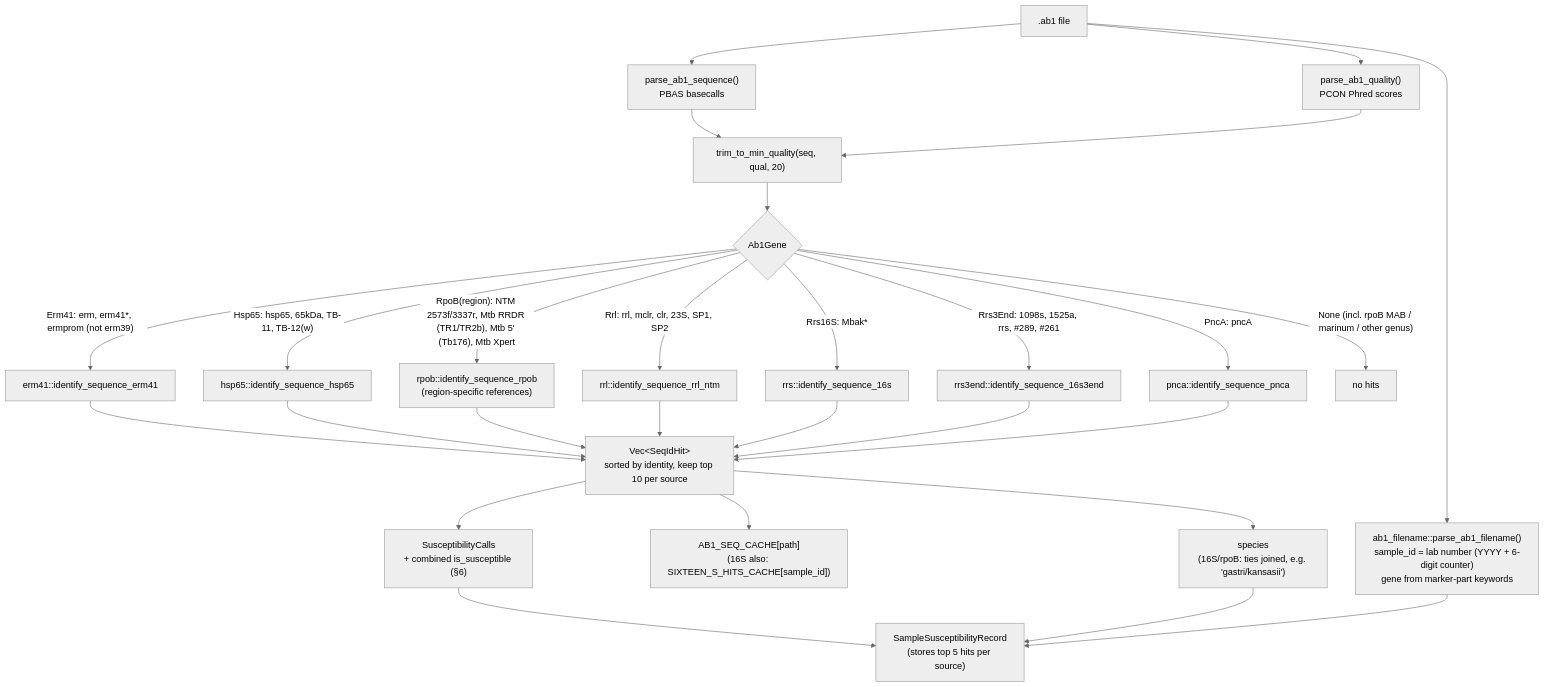
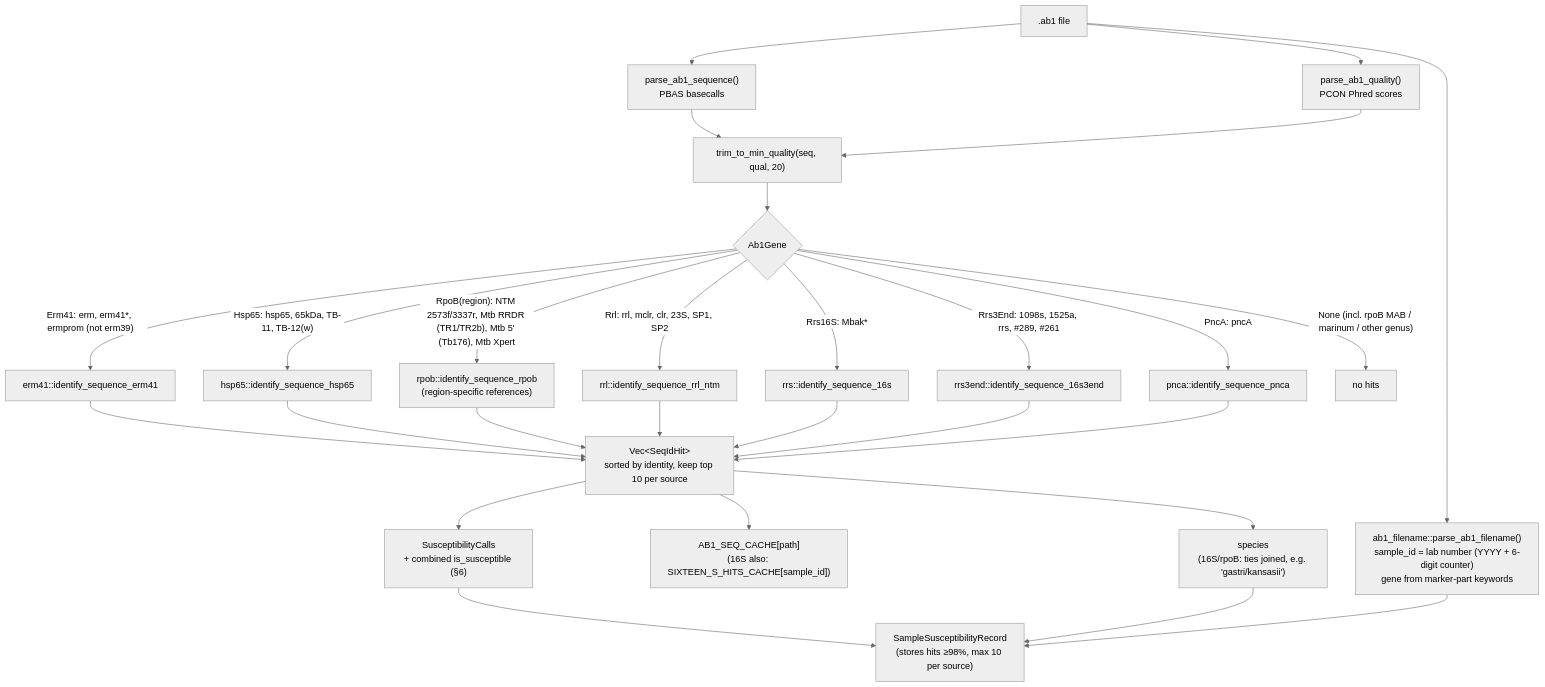
Before and after one commit to michaelmeuli/cosmic-files: the third of 6 diagrams in src/sequencing/README.md, drawn with Mermaid (neutral theme). The commit also changed other lines of this file and 7 other files, not shown here.

First line of the commit message:
Cache only alignments with >=98% identity, 10 per source

````diff
--- a/src/sequencing/README.md
+++ b/src/sequencing/README.md
@@ -120,23 +120,23 @@
 ```mermaid
 flowchart TD
     F[".ab1 file"] --> P1["parse_ab1_sequence()<br/>PBAS basecalls"]
     F --> P2["parse_ab1_quality()<br/>PCON Phred scores"]
     P1 & P2 --> TQ["trim_to_min_quality(seq, qual, 20)"]
     F --> FN["ab1_filename::parse_ab1_filename()<br/>sample_id = lab number (YYYY + 6-digit counter)<br/>gene from marker-part keywords"]
 
     TQ --> D{"Ab1Gene"}
     D -- "Erm41: erm, erm41*, ermprom (not erm39)" --> E["erm41::identify_sequence_erm41"]
     D -- "Hsp65: hsp65, 65kDa, TB-11, TB-12(w)" --> H["hsp65::identify_sequence_hsp65"]
     D -- "RpoB(region): NTM 2573f/3337r, Mtb RRDR (TR1/TR2b), Mtb 5' (Tb176), Mtb Xpert" --> RP["rpob::identify_sequence_rpob<br/>(region-specific references)"]
     D -- "Rrs16S: Mbak*" --> S16["rrs::identify_sequence_16s"]
     D -- "Rrs3End: 1098s, 1525a, rrs, #289, #261" --> S3["rrs3end::identify_sequence_16s3end"]
     D -- "Rrl: rrl, mclr, clr, 23S, SP1, SP2" --> RL["rrl::identify_sequence_rrl_ntm"]
     D -- "PncA: pncA" --> PN["pnca::identify_sequence_pnca"]
     D -- "None (incl. rpoB MAB / marinum / other genus)" --> X["no hits"]
 
     E & H & RP & RL & S16 & S3 & PN --> HITS["Vec&lt;SeqIdHit&gt;<br/>sorted by identity, keep top 10 per source"]
     HITS --> MC["AB1_SEQ_CACHE[path]<br/>(16S also: SIXTEEN_S_HITS_CACHE[sample_id])"]
     HITS --> SUS["SusceptibilityCalls<br/>+ combined is_susceptible (§6)"]
     HITS --> SP["species<br/>(16S/rpoB: ties joined, e.g. 'gastri/kansasii')"]
-    SUS & SP & FN --> REC["SampleSusceptibilityRecord<br/>(stores top 5 hits per source)"]
+    SUS & SP & FN --> REC["SampleSusceptibilityRecord<br/>(stores hits ≥98%, max 10 per source)"]
 ```
````
